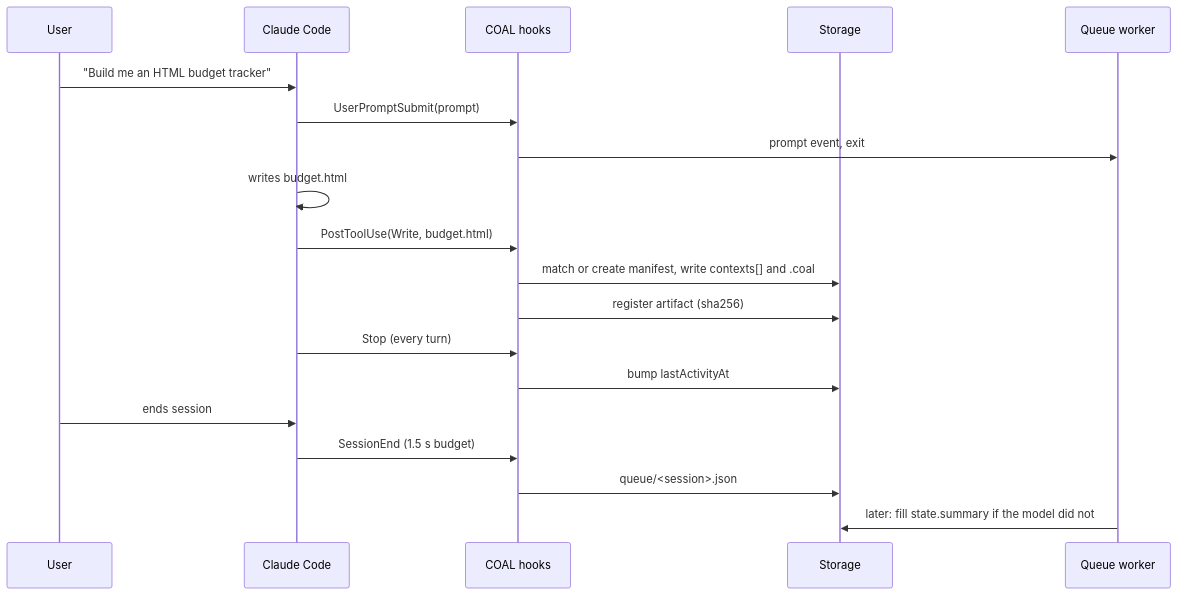
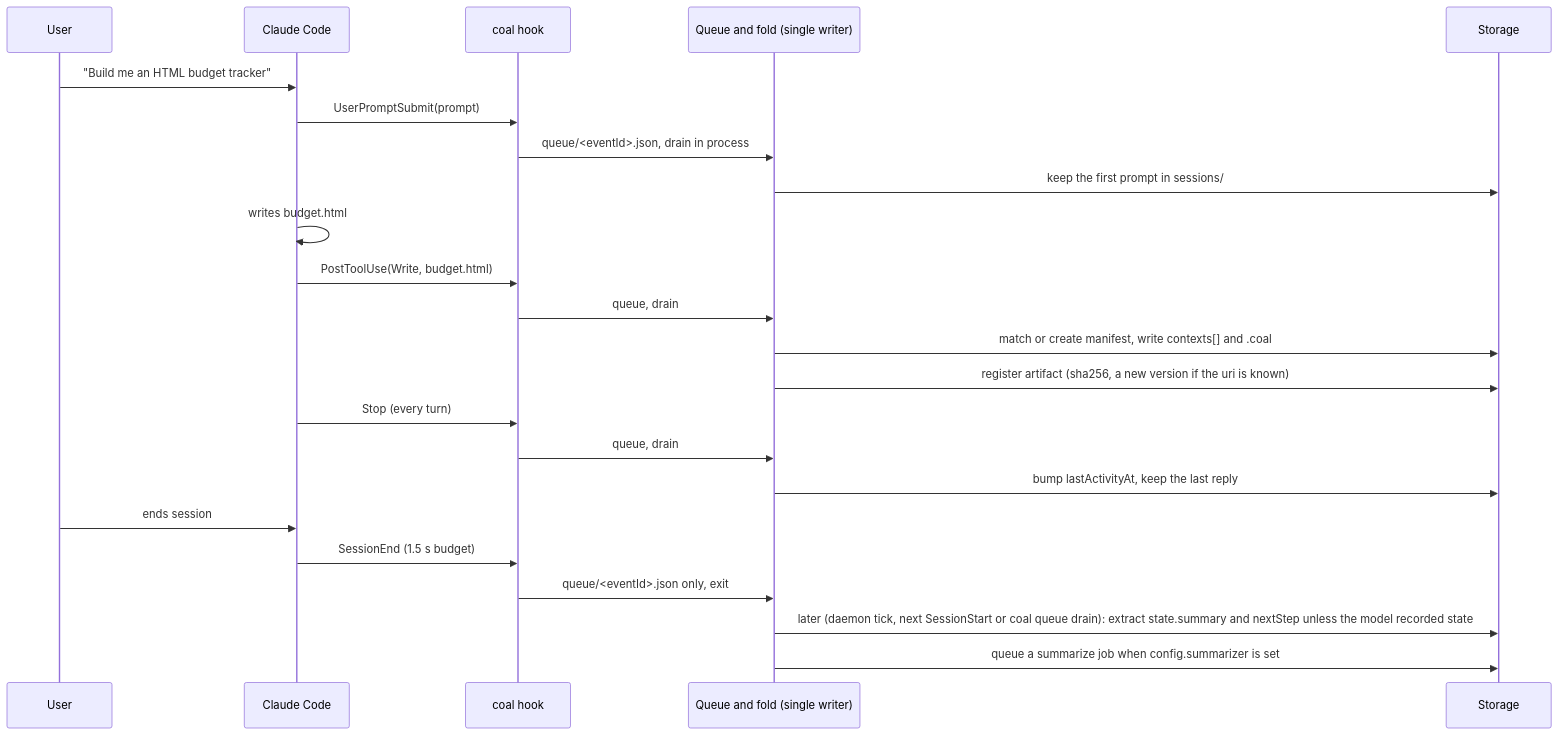
Before and after one commit to calebtonn/coal: the third of 7 diagrams in docs/03-ARCHITECTURE.md, drawn with Mermaid. The commit also changed other lines of this file and 13 other files, not shown here.

````diff
--- a/docs/03-ARCHITECTURE.md
+++ b/docs/03-ARCHITECTURE.md
@@ -56,22 +100,26 @@
 ```mermaid
 sequenceDiagram
     participant U as User
     participant CC as Claude Code
-    participant H as COAL hooks
+    participant H as coal hook
+    participant Q as Queue and fold (single writer)
     participant S as Storage
-    participant Q as Queue worker
 
     U->>CC: "Build me an HTML budget tracker"
     CC->>H: UserPromptSubmit(prompt)
-    H->>Q: prompt event, exit
+    H->>Q: queue/<eventId>.json, drain in process
+    Q->>S: keep the first prompt in sessions/
     CC->>CC: writes budget.html
     CC->>H: PostToolUse(Write, budget.html)
-    H->>S: match or create manifest, write contexts[] and .coal
-    H->>S: register artifact (sha256)
+    H->>Q: queue, drain
+    Q->>S: match or create manifest, write contexts[] and .coal
+    Q->>S: register artifact (sha256, a new version if the uri is known)
     CC->>H: Stop (every turn)
-    H->>S: bump lastActivityAt
+    H->>Q: queue, drain
+    Q->>S: bump lastActivityAt, keep the last reply
     U->>CC: ends session
     CC->>H: SessionEnd (1.5 s budget)
-    H->>S: queue/<session>.json
-    Q->>S: later: fill state.summary if the model did not
+    H->>Q: queue/<eventId>.json only, exit
+    Q->>S: later (daemon tick, next SessionStart or coal queue drain): extract state.summary and nextStep unless the model recorded state
+    Q->>S: queue a summarize job when config.summarizer is set
 ```
````
